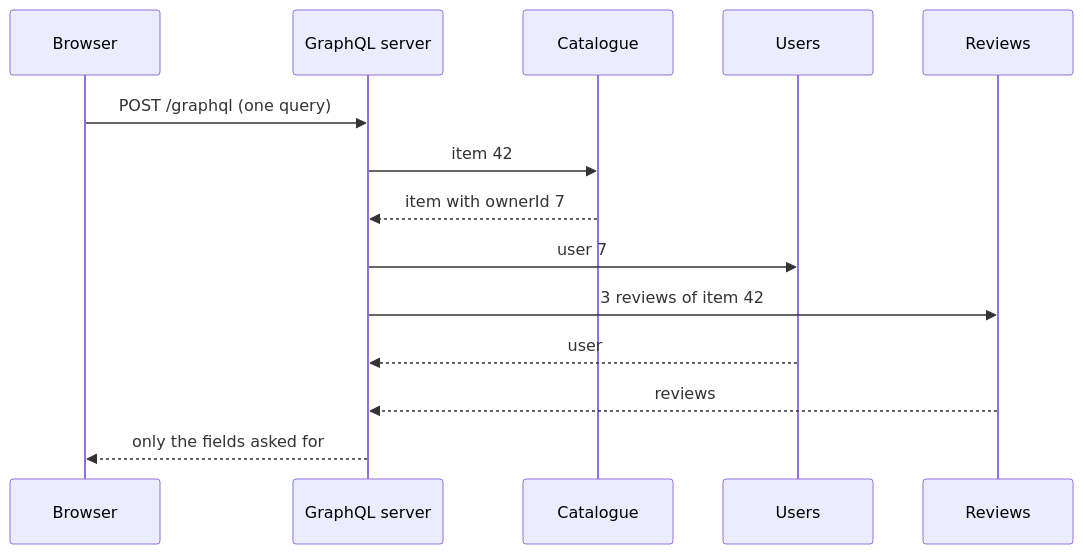
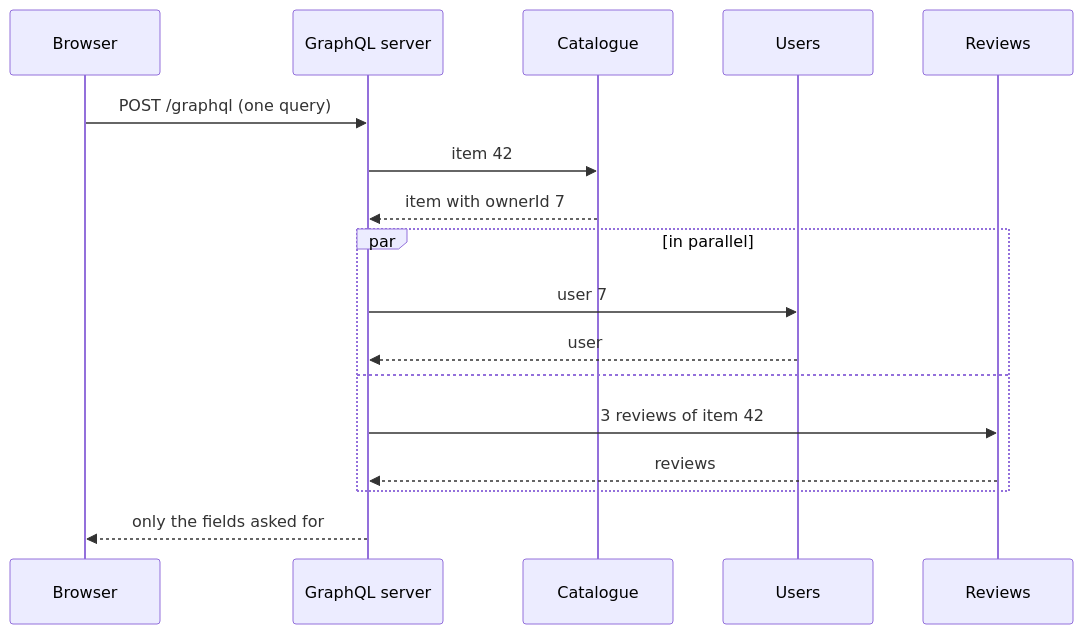
One commit to christiansany/cas-fee-26-frontend-challenges changed the second of 4 diagrams in topics/graphql-vs-rest/README.md. Above: the diagram before and after it, drawn with Mermaid. The commit also changed other lines of this file and 3 other files, not shown here.

````diff
--- a/topics/graphql-vs-rest/README.md
+++ b/topics/graphql-vs-rest/README.md
@@ -68,16 +56,19 @@
 ```mermaid
 sequenceDiagram
     participant B as Browser
     participant G as GraphQL server
     participant C as Catalogue
     participant U as Users
     participant R as Reviews
     B->>G: POST /graphql (one query)
     G->>C: item 42
     C-->>G: item with ownerId 7
-    G->>U: user 7
-    G->>R: 3 reviews of item 42
-    U-->>G: user
-    R-->>G: reviews
+    par in parallel
+        G->>U: user 7
+        U-->>G: user
+    and
+        G->>R: 3 reviews of item 42
+        R-->>G: reviews
+    end
     G-->>B: only the fields asked for
 ```
````
